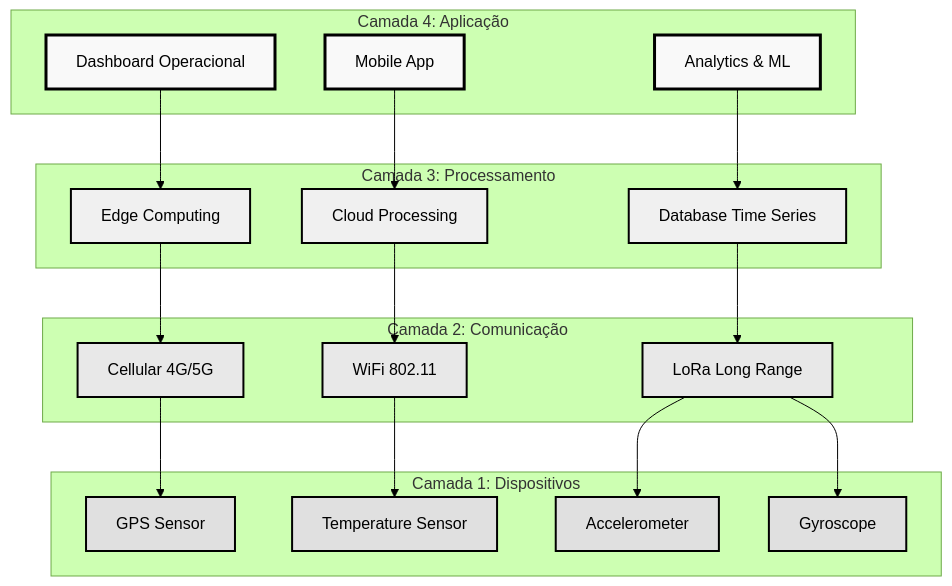
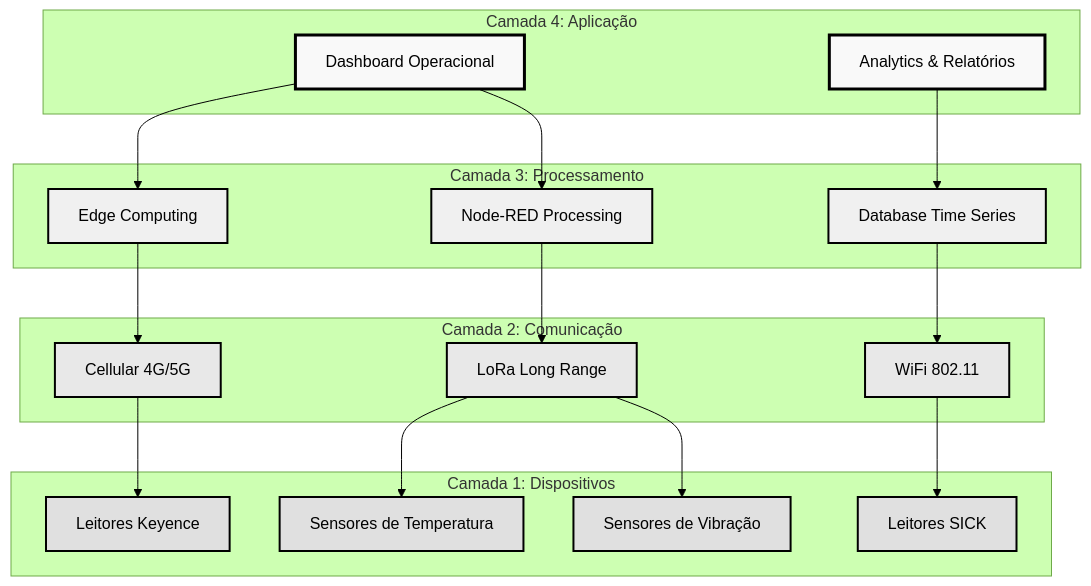
The second of 5 diagrams in README.md (afonsolelis/20254_inteli_ad04), drawn with Mermaid (forest theme) before and after one commit. The commit also changed other lines of this file, not shown here.

First line of the commit message:
fix: Update architecture diagrams to reflect actual Volkswagen project

````diff
--- a/README.md
+++ b/README.md
@@ -128,50 +128,49 @@
 ```mermaid
 graph TB
     subgraph "Camada 4: Aplicação"
         A1[Dashboard Operacional]
-        A2[Mobile App]
-        A3[Analytics & ML]
+        A2[Analytics & Relatórios]
     end
     
     subgraph "Camada 3: Processamento"
         P1[Edge Computing]
-        P2[Cloud Processing]
-        P3[Database Time Series]
+        P2[Database Time Series]
+        P3[Node-RED Processing]
     end
     
     subgraph "Camada 2: Comunicação"
         C1[Cellular 4G/5G]
         C2[WiFi 802.11]
         C3[LoRa Long Range]
     end
     
     subgraph "Camada 1: Dispositivos"
-        D1[GPS Sensor]
-        D2[Temperature Sensor]
-        D3[Accelerometer]
-        D4[Gyroscope]
+        D1[Leitores Keyence]
+        D2[Leitores SICK]
+        D3[Sensores de Temperatura]
+        D4[Sensores de Vibração]
     end
     
     A1 --> P1
     A2 --> P2
-    A3 --> P3
+    A1 --> P3
     
     P1 --> C1
     P2 --> C2
     P3 --> C3
     
     C1 --> D1
     C2 --> D2
     C3 --> D3
     C3 --> D4
     
     classDef layer4 fill:#f9f9f9,stroke:#000,stroke-width:3px
     classDef layer3 fill:#f0f0f0,stroke:#000,stroke-width:2px
     classDef layer2 fill:#e8e8e8,stroke:#000,stroke-width:2px
     classDef layer1 fill:#e0e0e0,stroke:#000,stroke-width:2px
     
-    class A1,A2,A3 layer4
+    class A1,A2 layer4
     class P1,P2,P3 layer3
     class C1,C2,C3 layer2
     class D1,D2,D3,D4 layer1
 ```
````
